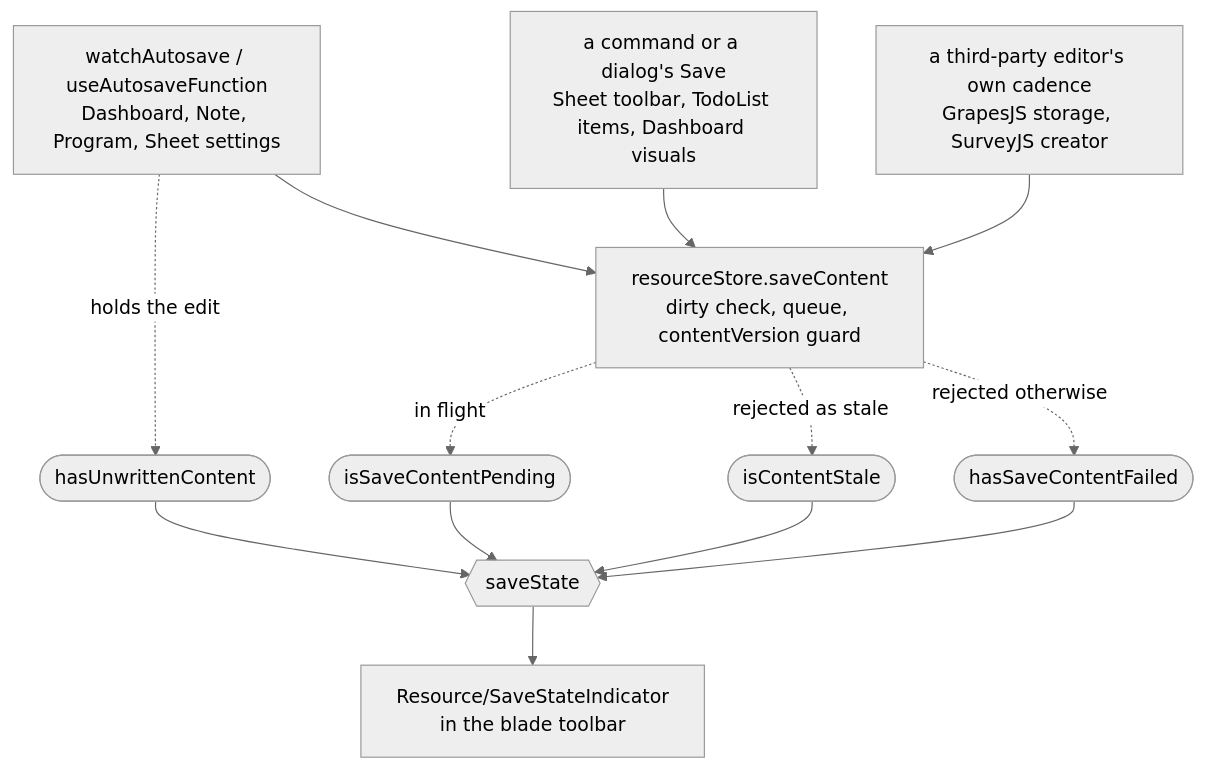
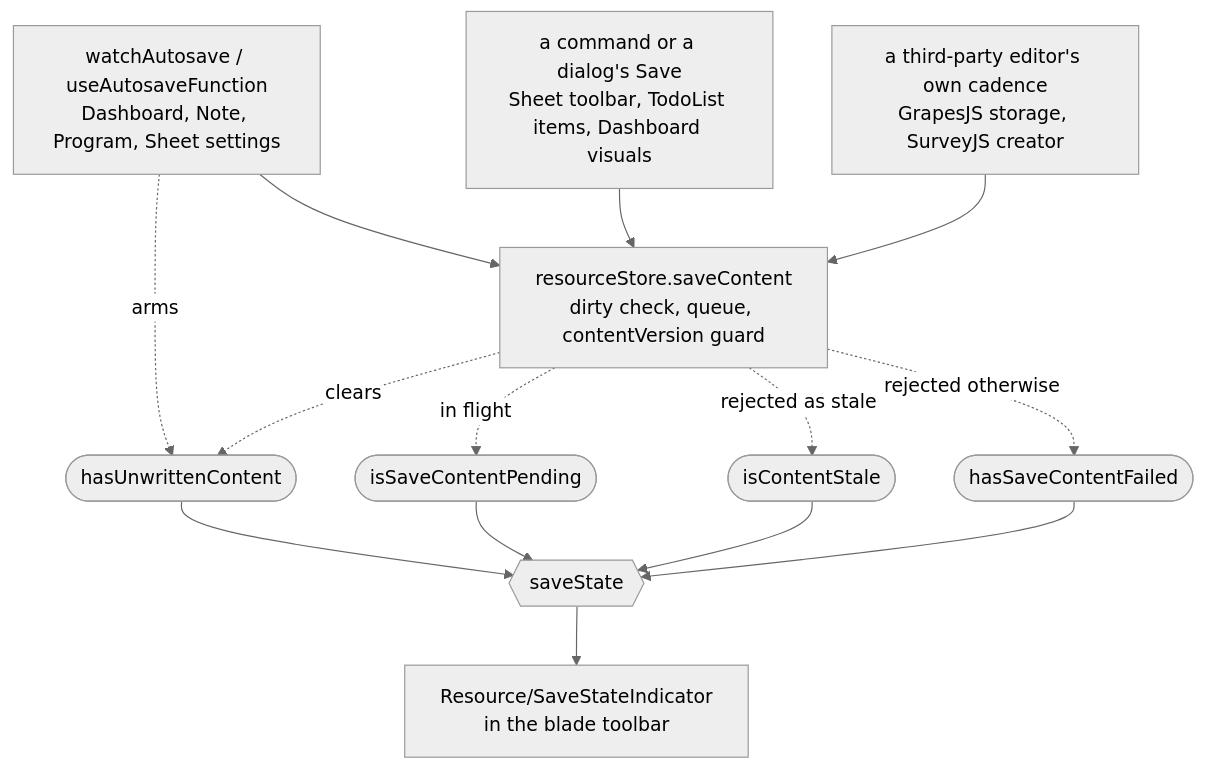
The diagram in apps/web/content/docs/platform/resource-save-state.md (Esposter/Esposter), drawn with Mermaid (neutral theme) before and after one commit. The commit also changed other lines of this file and 30 other files, not shown here.

````diff
--- a/apps/web/content/docs/platform/resource-save-state.md
+++ b/apps/web/content/docs/platform/resource-save-state.md
@@ -18,18 +18,19 @@
 ```mermaid
 flowchart TD
   AUTO["watchAutosave / useAutosaveFunction<br/>Dashboard, Note, Program, Sheet settings"] --> DOOR
   CMD["a command or a dialog's Save<br/>Sheet toolbar, TodoList items, Dashboard visuals"] --> DOOR
   LIB["a third-party editor's own cadence<br/>GrapesJS storage, SurveyJS creator"] --> DOOR
   DOOR["resourceStore.saveContent<br/>dirty check, queue, contentVersion guard"]
 
-  AUTO -.->|"holds the edit"| ARMED(["hasUnwrittenContent"])
+  AUTO -.->|"arms"| ARMED(["hasUnwrittenContent"])
+  DOOR -.->|"clears"| ARMED
   DOOR -.->|"in flight"| PENDING(["isSaveContentPending"])
   DOOR -.->|"rejected as stale"| STALE(["isContentStale"])
   DOOR -.->|"rejected otherwise"| FAILED(["hasSaveContentFailed"])
 
   ARMED --> STATE{{"saveState"}}
   PENDING --> STATE
   STALE --> STATE
   FAILED --> STATE
   STATE --> UI["Resource/SaveStateIndicator<br/>in the blade toolbar"]
 ```
````
